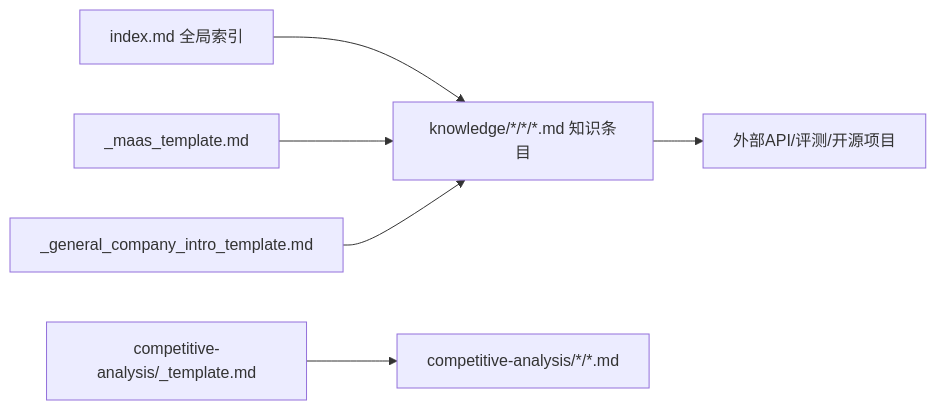
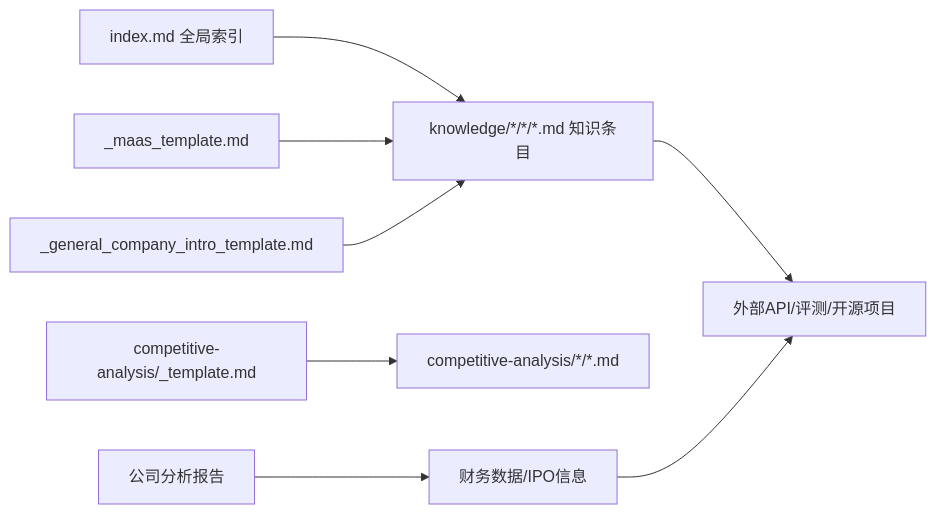
One commit to EthanNiWorld/AI-Native-SA-2026 changed the third of 3 diagrams in .qoder/repowiki/zh/content/知识库组织结构/厂商知识库/厂商知识库.md. Above: the diagram before and after it, drawn with Mermaid. The commit also changed other lines of this file and 6 other files, not shown here.

````diff
--- a/.qoder/repowiki/zh/content/知识库组织结构/厂商知识库/厂商知识库.md
+++ b/.qoder/repowiki/zh/content/知识库组织结构/厂商知识库/厂商知识库.md
@@ -230,8 +274,10 @@
 ```mermaid
 graph LR
 index_md["index.md 全局索引"] --> knowledge_md["knowledge/*/*/*.md 知识条目"]
 template_mmd["_maas_template.md"] --> knowledge_md
 template_gen["_general_company_intro_template.md"] --> knowledge_md
 ca_template["competitive-analysis/_template.md"] --> ca_docs["competitive-analysis/*/*.md"]
 knowledge_md --> external["外部API/评测/开源项目"]
+company_reports["公司分析报告"] --> financial_data["财务数据/IPO信息"]
+financial_data --> external
 ```
````
